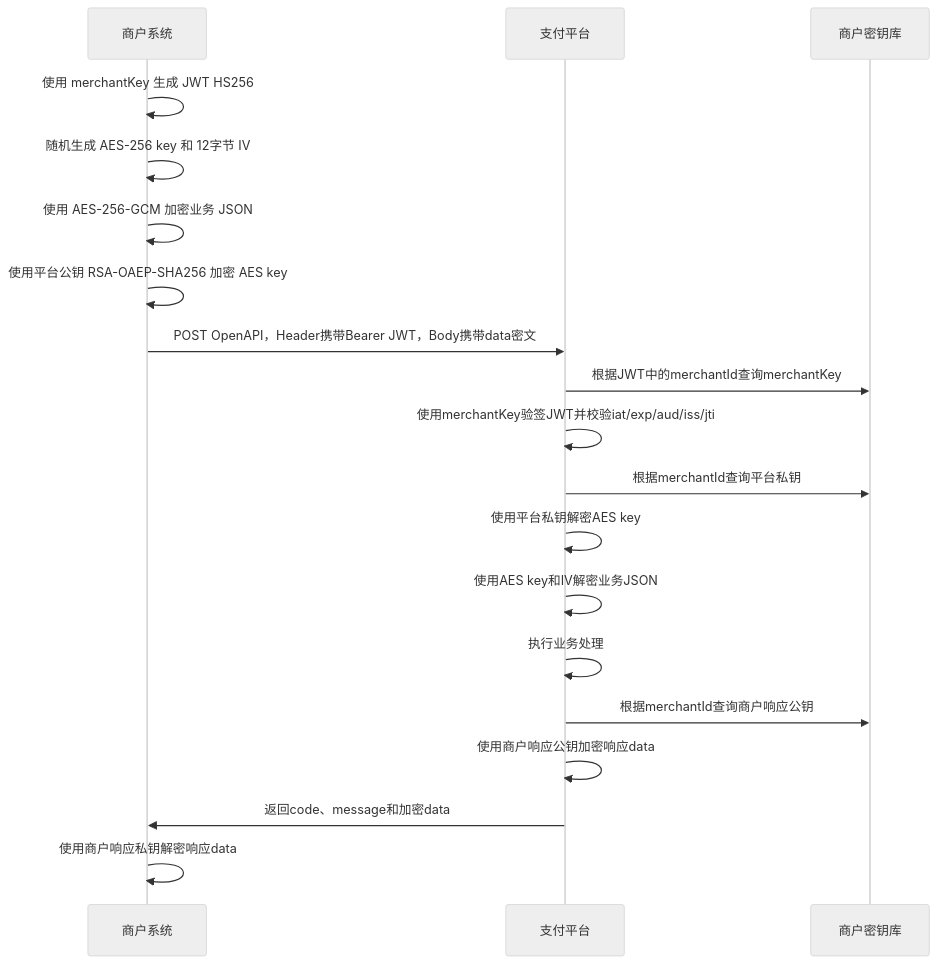
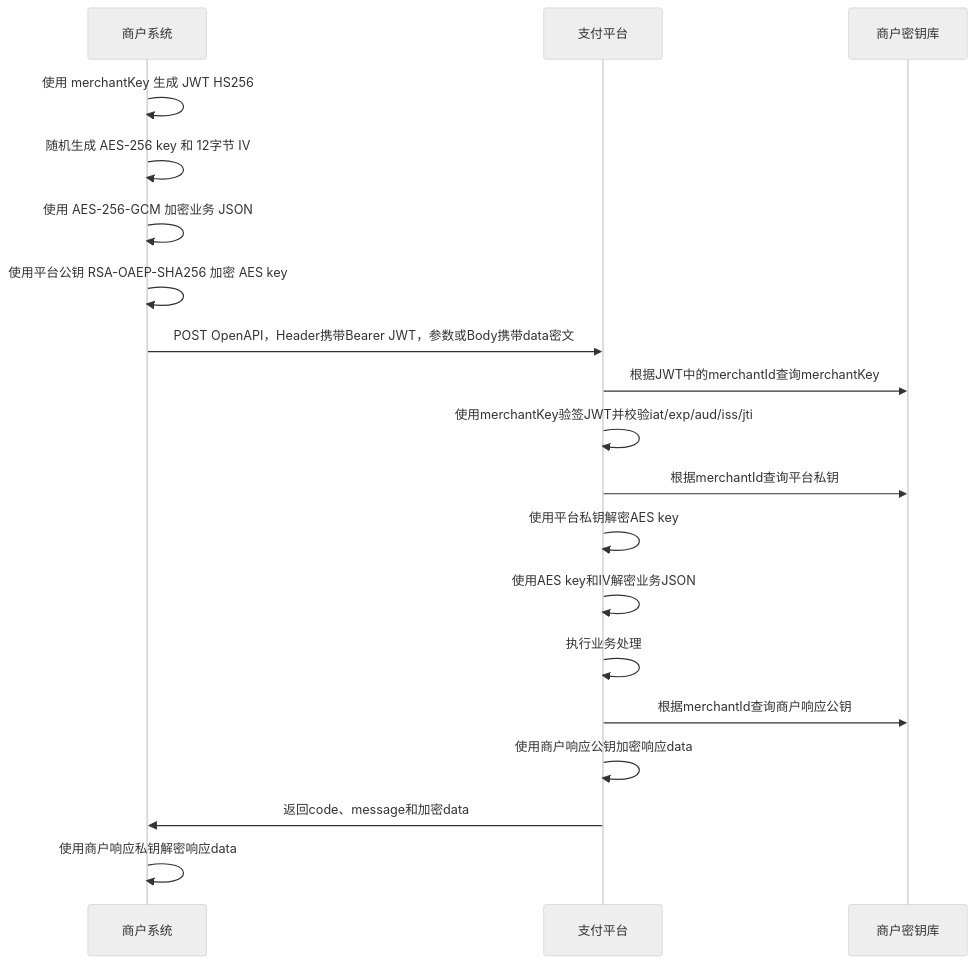
One commit to wikerx/acquiring-orchestration changed the diagram in docs/api/openapi-merchant-api.md. Above: the diagram before and after it, drawn with Mermaid (neutral theme). The commit also changed other lines of this file and 35 other files, not shown here.

````diff
--- a/docs/api/openapi-merchant-api.md
+++ b/docs/api/openapi-merchant-api.md
@@ -122,22 +126,22 @@
 ```mermaid
 sequenceDiagram
     participant M as 商户系统
     participant P as 支付平台
     participant DB as 商户密钥库
 
     M->>M: 使用 merchantKey 生成 JWT HS256
     M->>M: 随机生成 AES-256 key 和 12字节 IV
     M->>M: 使用 AES-256-GCM 加密业务 JSON
     M->>M: 使用平台公钥 RSA-OAEP-SHA256 加密 AES key
-    M->>P: POST OpenAPI，Header携带Bearer JWT，Body携带data密文
+    M->>P: POST OpenAPI，Header携带Bearer JWT，参数或Body携带data密文
     P->>DB: 根据JWT中的merchantId查询merchantKey
     P->>P: 使用merchantKey验签JWT并校验iat/exp/aud/iss/jti
     P->>DB: 根据merchantId查询平台私钥
     P->>P: 使用平台私钥解密AES key
     P->>P: 使用AES key和IV解密业务JSON
     P->>P: 执行业务处理
     P->>DB: 根据merchantId查询商户响应公钥
     P->>P: 使用商户响应公钥加密响应data
     P->>M: 返回code、message和加密data
     M->>M: 使用商户响应私钥解密响应data
 ```
````
